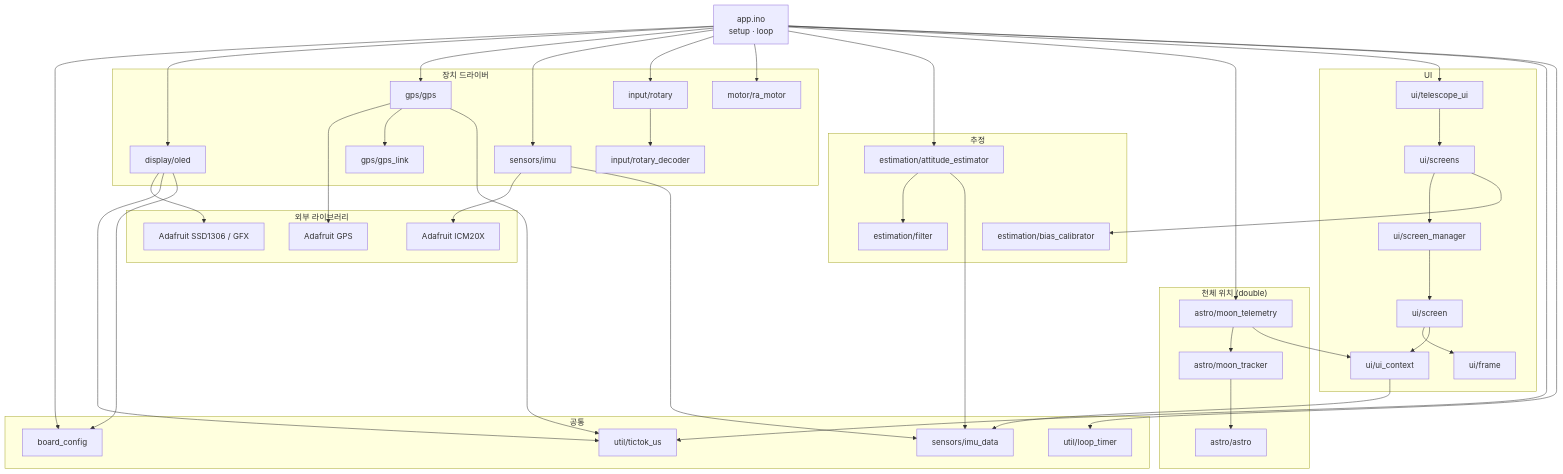
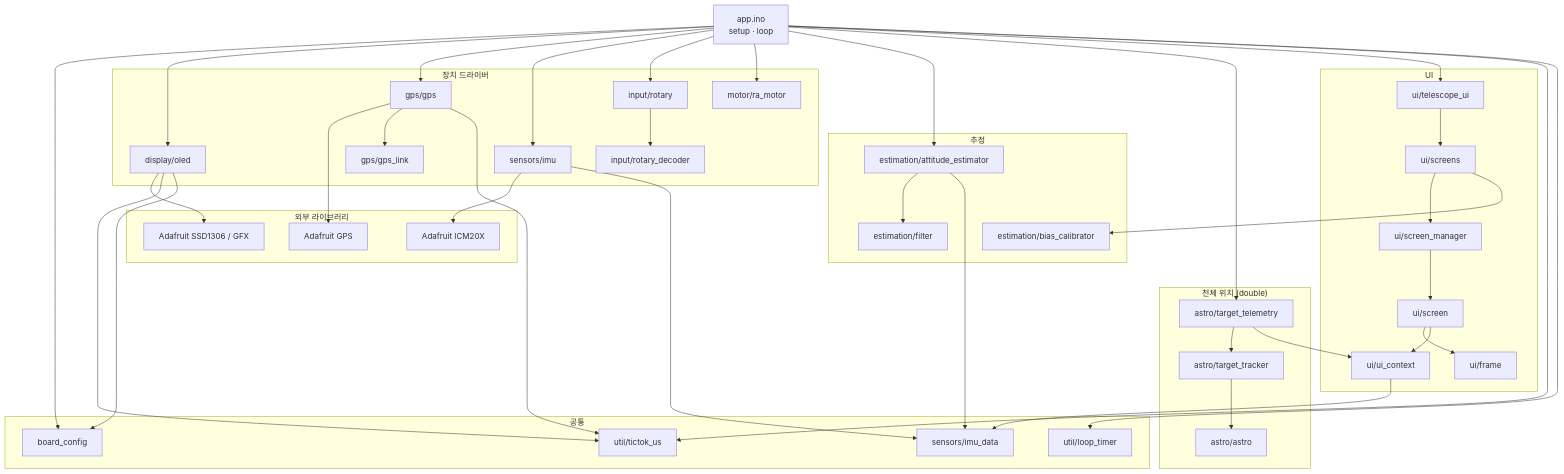
Before and after one commit to Kimbyung-wook/EspGotoTelescope: the first of 3 diagrams in docs/architecture/ARCHITECTURE.md, drawn with Mermaid. The commit also changed other lines of this file and 21 other files, not shown here.

````diff
--- a/docs/architecture/ARCHITECTURE.md
+++ b/docs/architecture/ARCHITECTURE.md
@@ -57,61 +57,61 @@
 ```mermaid
 flowchart TB
   APP["app.ino<br/>setup · loop"]
 
   subgraph DRIVERS["장치 드라이버"]
     OLED["display/oled"]
     GPS["gps/gps"]
     GPSL["gps/gps_link"]
     IMU["sensors/imu"]
     ROT["input/rotary"]
     ROTD["input/rotary_decoder"]
     MOT["motor/ra_motor"]
   end
 
   subgraph EST["추정"]
     ATT["estimation/attitude_estimator"]
     FLT["estimation/filter"]
     BIAS["estimation/bias_calibrator"]
   end
 
   subgraph AST["천체 위치 (double)"]
     ASTRO["astro/astro"]
-    MTRK["astro/moon_tracker"]
-    MTEL["astro/moon_telemetry"]
+    MTRK["astro/target_tracker"]
+    MTEL["astro/target_telemetry"]
   end
 
   subgraph UI["UI"]
     TUI["ui/telescope_ui"]
     SCRS["ui/screens"]
     MGR["ui/screen_manager"]
     SCR["ui/screen"]
     FRM["ui/frame"]
     CTX["ui/ui_context"]
   end
 
   subgraph COMMON["공통"]
     CFG["board_config"]
     IMUD["sensors/imu_data"]
     TT["util/tictok_us"]
     LT["util/loop_timer"]
   end
 
   subgraph LIBS["외부 라이브러리"]
     L_SSD["Adafruit SSD1306 / GFX"]
     L_GPS["Adafruit GPS"]
     L_ICM["Adafruit ICM20X"]
   end
 
   APP --> CFG & OLED & GPS & IMU & ROT & MOT & ATT & MTEL & TUI & TT & LT
   MTEL --> MTRK --> ASTRO
   MTEL --> CTX
   OLED --> L_SSD & TT & CFG
   GPS --> L_GPS & GPSL & TT
   IMU --> L_ICM & IMUD
   ROT --> ROTD
   ATT --> FLT & IMUD
   TUI --> SCRS --> MGR --> SCR
   SCRS --> BIAS
   SCR --> FRM & CTX
   CTX --> IMUD
 ```
````
